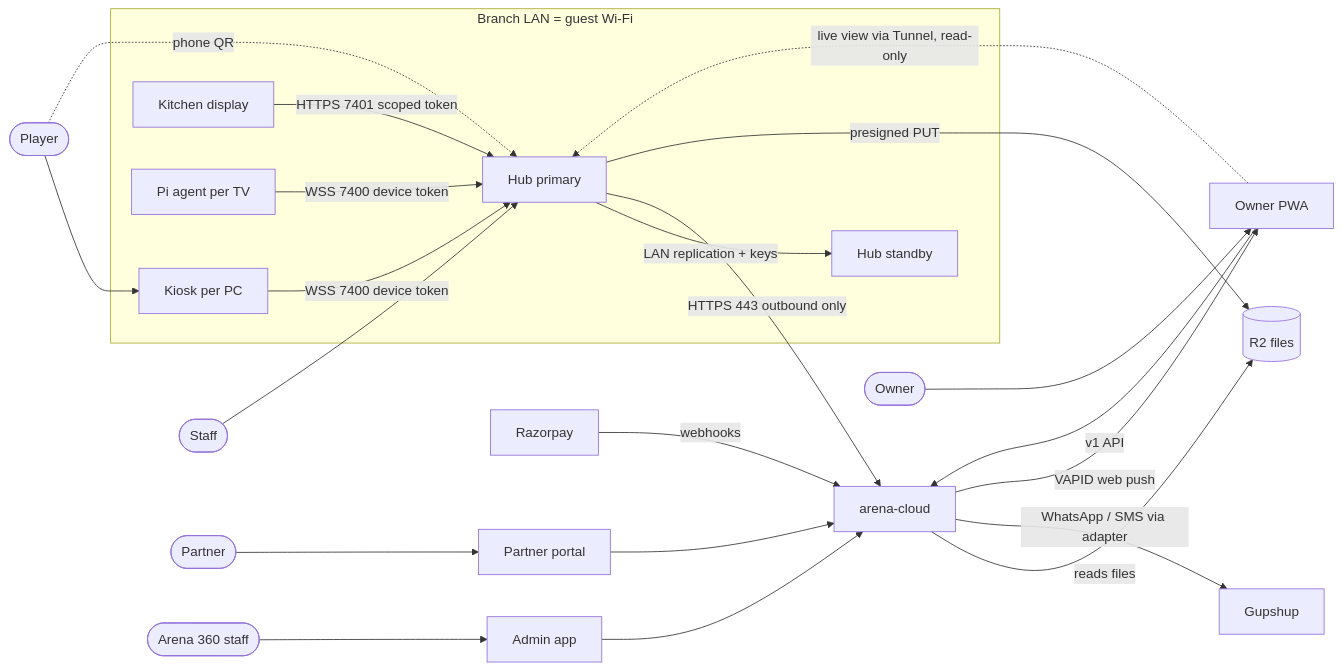
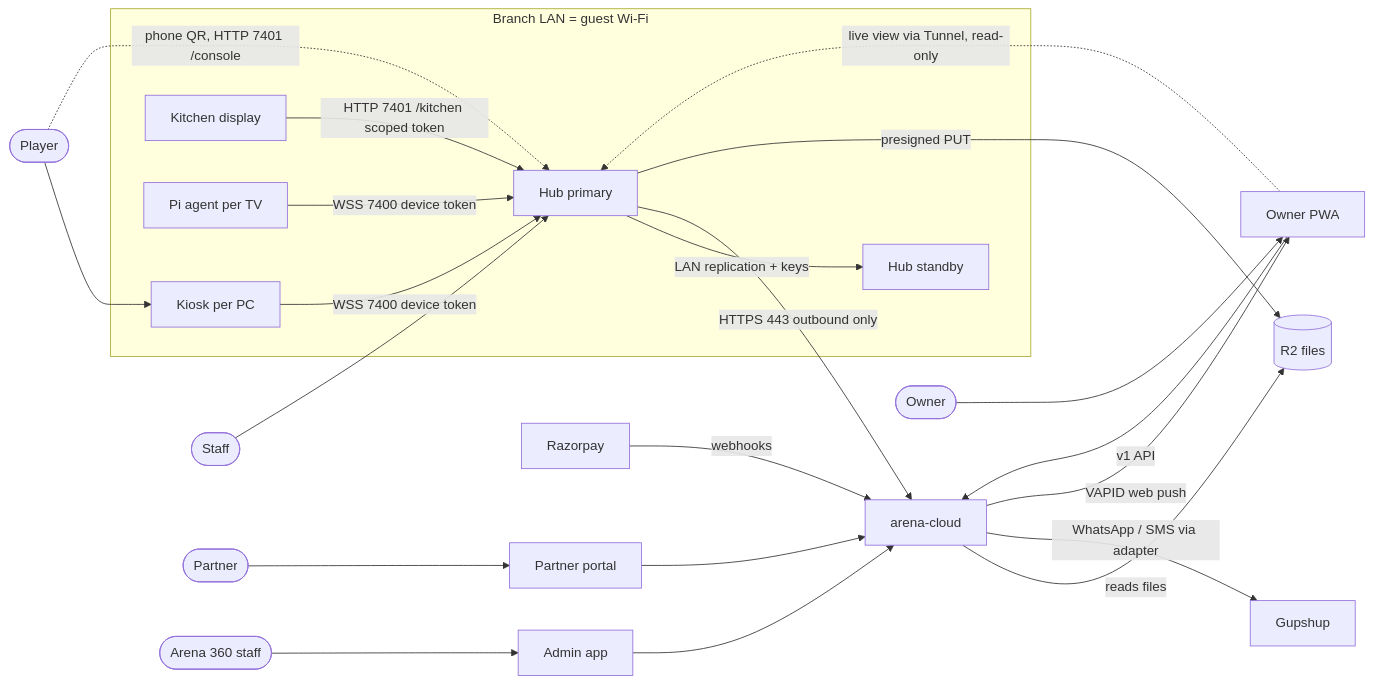
The second of 7 diagrams in _bmad-output/planning-artifacts/architecture/architecture-arena-360-final-2026-10-23/ARCHITECTURE-SPINE.md (harishmahamure/Arena360-Gaming-Cafe-OS-), drawn with Mermaid before and after one commit. The commit also changed other lines of this file and 58 other files, not shown here.

````diff
--- a/_bmad-output/planning-artifacts/architecture/architecture-arena-360-final-2026-10-23/ARCHITECTURE-SPINE.md
+++ b/_bmad-output/planning-artifacts/architecture/architecture-arena-360-final-2026-10-23/ARCHITECTURE-SPINE.md
@@ -383,30 +383,30 @@
 ```mermaid
 flowchart LR
   Player(["Player"]) --> Kiosk
-  Player -. "phone QR" .-> Hub
+  Player -. "phone QR, HTTP 7401 /console" .-> Hub
   Staff(["Staff"]) --> Hub
   Owner(["Owner"]) --> OwnerPWA["Owner PWA"]
   Partner(["Partner"]) --> Portal["Partner portal"]
   ArenaStaff(["Arena 360 staff"]) --> Admin["Admin app"]
   subgraph Branch["Branch LAN = guest Wi-Fi"]
     Hub["Hub primary"]
     Standby["Hub standby"]
     Kiosk["Kiosk per PC"]
     KDS["Kitchen display"]
     Pi["Pi agent per TV"]
   end
   Kiosk -- "WSS 7400 device token" --> Hub
-  KDS -- "HTTPS 7401 scoped token" --> Hub
+  KDS -- "HTTP 7401 /kitchen scoped token" --> Hub
   Pi -- "WSS 7400 device token" --> Hub
   Hub -- "LAN replication + keys" --> Standby
   Hub -- "HTTPS 443 outbound only" --> Cloud["arena-cloud"]
   Hub -- "presigned PUT" --> R2[("R2 files")]
   OwnerPWA -- "v1 API" --> Cloud
   OwnerPWA -. "live view via Tunnel, read-only" .-> Hub
   Portal --> Cloud
   Admin --> Cloud
   Cloud -- "reads files" --> R2
   Razorpay["Razorpay"] -- "webhooks" --> Cloud
   Cloud -- "WhatsApp / SMS via adapter" --> Gupshup["Gupshup"]
   Cloud -- "VAPID web push" --> OwnerPWA
 ```
````
